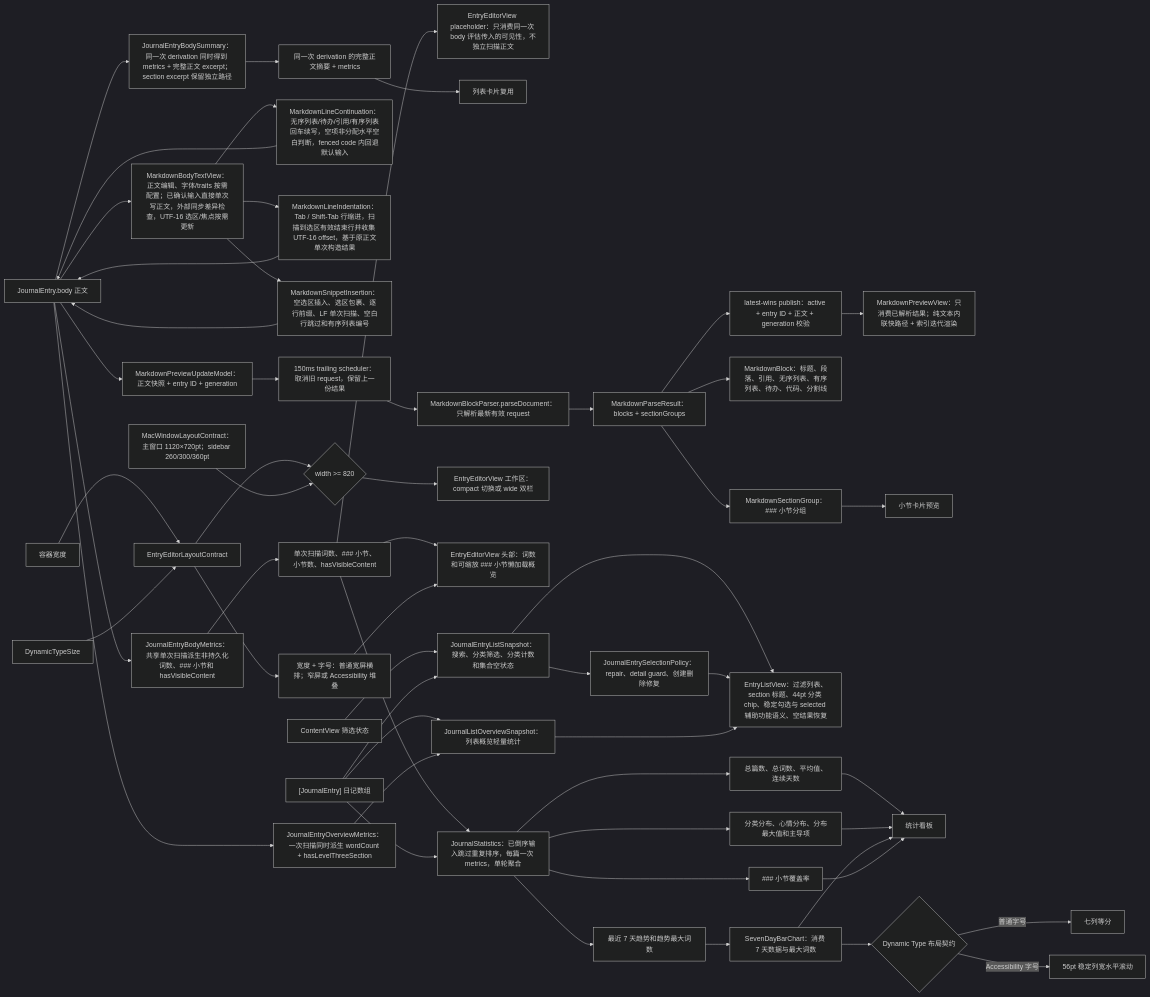
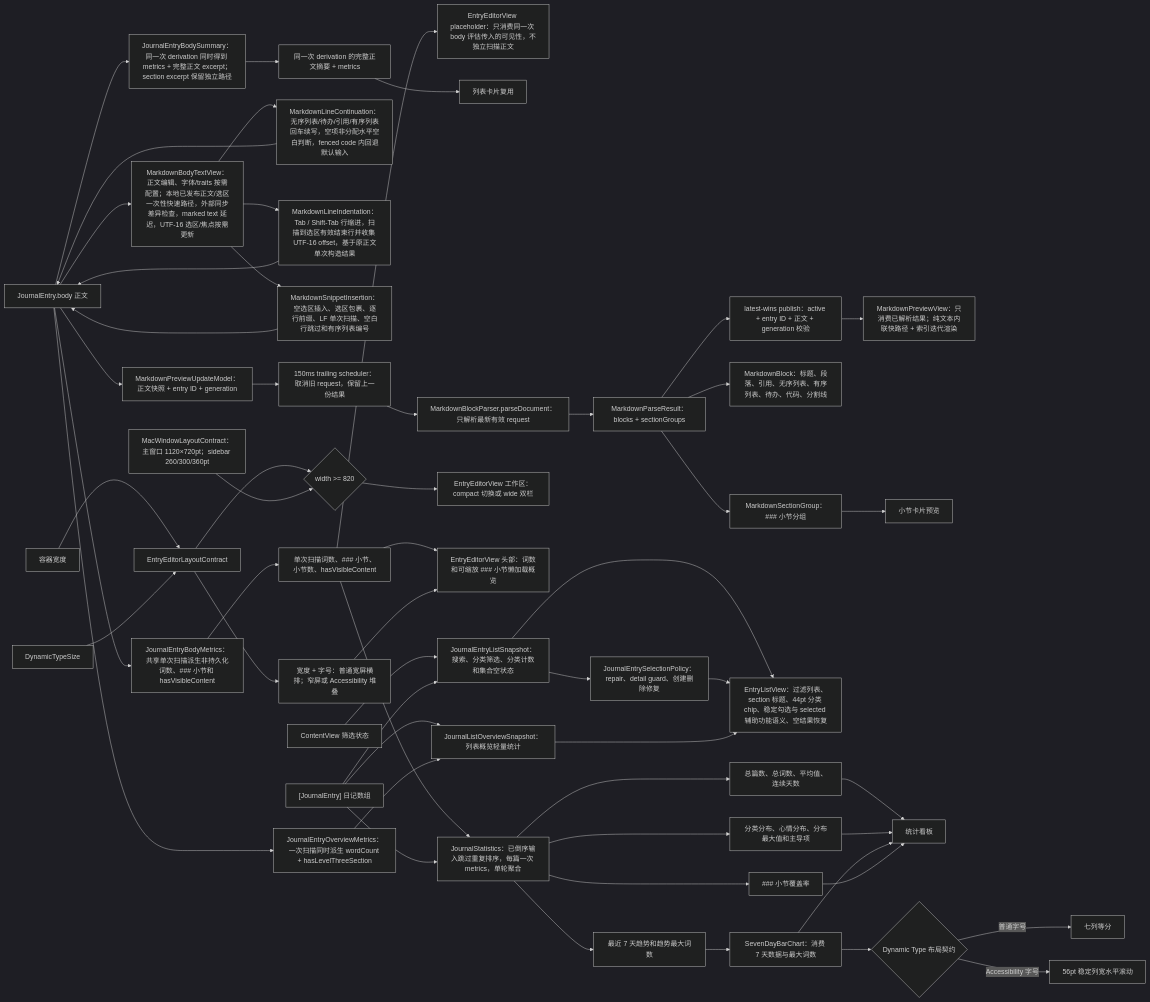
The fourth of 6 diagrams in md/flow/flowchart.md (Altman-sam114/117), drawn with Mermaid (dark theme) before and after one commit. The commit also changed other lines of this file and 8 other files, not shown here.

````diff
--- a/md/flow/flowchart.md
+++ b/md/flow/flowchart.md
@@ -184,56 +188,56 @@
 ```mermaid
 flowchart LR
   Body["JournalEntry.body 正文"] --> MetricsNode2["JournalEntryBodyMetrics：共享单次扫描派生非持久化词数、### 小节和 hasVisibleContent"]
   Body --> OverviewMetrics2["JournalEntryOverviewMetrics：一次扫描同时派生 wordCount + hasLevelThreeSection"]
   Body --> Summary["JournalEntryBodySummary：同一次 derivation 同时得到 metrics + 完整正文 excerpt；section excerpt 保留独立路径"]
-  Body --> BodyText["MarkdownBodyTextView：正文编辑、字体/traits 按需配置；已确认输入直接单次写正文，外部同步差异检查，UTF-16 选区/焦点按需更新"]
+  Body --> BodyText["MarkdownBodyTextView：正文编辑、字体/traits 按需配置；本地已发布正文/选区一次性快速路径，外部同步差异检查，marked text 延迟，UTF-16 选区/焦点按需更新"]
   BodyText --> ContinueRule["MarkdownLineContinuation：无序列表/待办/引用/有序列表回车续写，空项非分配水平空白判断，fenced code 内回退默认输入"]
   ContinueRule --> Body
   BodyText --> IndentRule["MarkdownLineIndentation：Tab / Shift-Tab 行缩进，扫描到选区有效结束行并收集 UTF-16 offset，基于原正文单次构造结果"]
   IndentRule --> Body
   BodyText --> InsertRule["MarkdownSnippetInsertion：空选区插入、选区包裹、逐行前缀、LF 单次扫描、空白行跳过和有序列表编号"]
   InsertRule --> Body
   MetricsNode2 --> MetricsData["单次扫描词数、### 小节、小节数、hasVisibleContent"]
   MetricsData --> EditorPlaceholder["EntryEditorView placeholder：只消费同一次 body 评估传入的可见性，不独立扫描正文"]
   Summary --> Excerpt["同一次 derivation 的完整正文摘要 + metrics"]
   Excerpt --> RowEditor["列表卡片复用"]
   MetricsData --> Statistics["JournalStatistics：已倒序输入跳过重复排序，每篇一次 metrics，单轮聚合"]
   EditorWidth["容器宽度"] --> EditorLayout["EntryEditorLayoutContract"]
   EditorTypeSize["DynamicTypeSize"] --> EditorLayout
   EditorLayout --> WorkspaceDecision{"width >= 820"}
   WorkspaceDecision --> EditorWorkspace["EntryEditorView 工作区：compact 切换或 wide 双栏"]
   MacWindowLayout["MacWindowLayoutContract：主窗口 1120×720pt；sidebar 260/300/360pt"] --> WorkspaceDecision
   EditorLayout --> HeaderDecision["宽度 + 字号：普通宽屏横排；窄屏或 Accessibility 堆叠"]
   MetricsData --> EditorHeader["EntryEditorView 头部：词数和可缩放 ### 小节懒加载概览"]
   HeaderDecision --> EditorHeader
   Body --> PreviewRequest["MarkdownPreviewUpdateModel：正文快照 + entry ID + generation"]
   PreviewRequest --> PreviewScheduler["150ms trailing scheduler：取消旧 request，保留上一份结果"]
   PreviewScheduler --> Parse["MarkdownBlockParser.parseDocument：只解析最新有效 request"]
   Parse --> Result["MarkdownParseResult：blocks + sectionGroups"]
   Result --> LatestWins["latest-wins publish：active + entry ID + 正文 + generation 校验"]
   Result --> Blocks["MarkdownBlock：标题、段落、引用、无序列表、有序列表、待办、代码、分割线"]
   LatestWins --> Preview["MarkdownPreviewView：只消费已解析结果；纯文本内联快路径 + 索引迭代渲染"]
   Result --> Sections["MarkdownSectionGroup：### 小节分组"]
   Sections --> SectionPreview["小节卡片预览"]
   Entries["[JournalEntry] 日记数组"] --> Statistics
   FilterState2["ContentView 筛选状态"] --> ListSnapshot2["JournalEntryListSnapshot：搜索、分类筛选、分类计数和集合空状态"]
   Entries --> ListSnapshot2
   ListSnapshot2 --> ListView["EntryListView：过滤列表、section 标题、44pt 分类 chip、稳定勾选与 selected 辅助功能语义、空结果恢复"]
   ListSnapshot2 --> SelectionPolicy2["JournalEntrySelectionPolicy：repair、detail guard、创建删除修复"]
   SelectionPolicy2 --> ListView
   Entries --> ListOverview2["JournalListOverviewSnapshot：列表概览轻量统计"]
   OverviewMetrics2 --> ListOverview2
   ListOverview2 --> ListView
   Statistics --> Metrics["总篇数、总词数、平均值、连续天数"]
   Statistics --> Distributions["分类分布、心情分布、分布最大值和主导项"]
   Statistics --> Trend["最近 7 天趋势和趋势最大词数"]
   Statistics --> Coverage["### 小节覆盖率"]
   Metrics --> Dashboard["统计看板"]
   Distributions --> Dashboard
   Trend --> TrendChart["SevenDayBarChart：消费 7 天数据与最大词数"]
   TrendChart --> Dashboard
   TrendChart --> TrendLayout2{"Dynamic Type 布局契约"}
   TrendLayout2 -- "普通字号" --> EqualTrend2["七列等分"]
   TrendLayout2 -- "Accessibility 字号" --> ScrollingTrend2["56pt 稳定列宽水平滚动"]
   Coverage --> Dashboard
 ```
````
